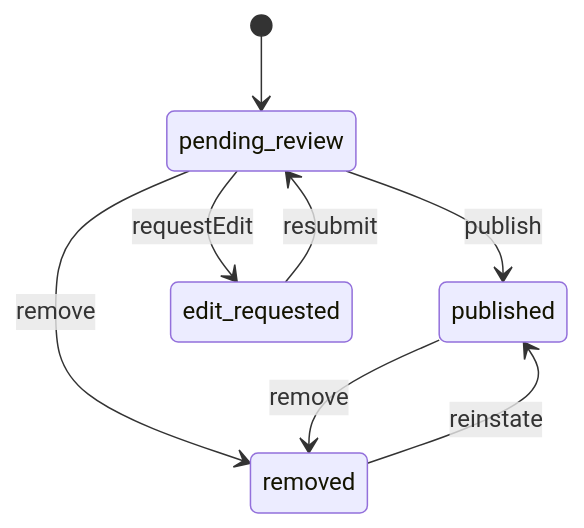
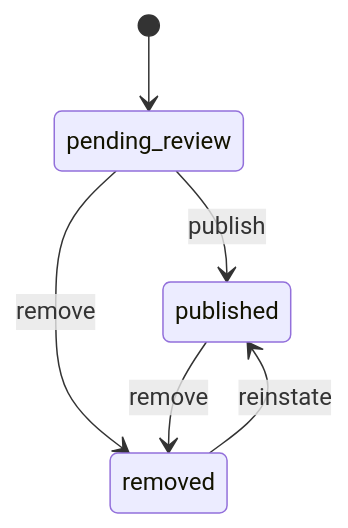
The third of 7 diagrams in backend/src/modules/reviews/README.md (Virus-777/ecommerce), drawn with Mermaid before and after one commit. The commit also changed other lines of this file and 66 other files, not shown here.

````diff
--- a/backend/src/modules/reviews/README.md
+++ b/backend/src/modules/reviews/README.md
@@ -641,10 +668,8 @@
 ```mermaid
 stateDiagram-v2
   [*] --> pending_review
   pending_review --> published: publish
   pending_review --> removed: remove
-  pending_review --> edit_requested: requestEdit
-  edit_requested --> pending_review: resubmit
   published --> removed: remove
   removed --> published: reinstate
 ```
````
